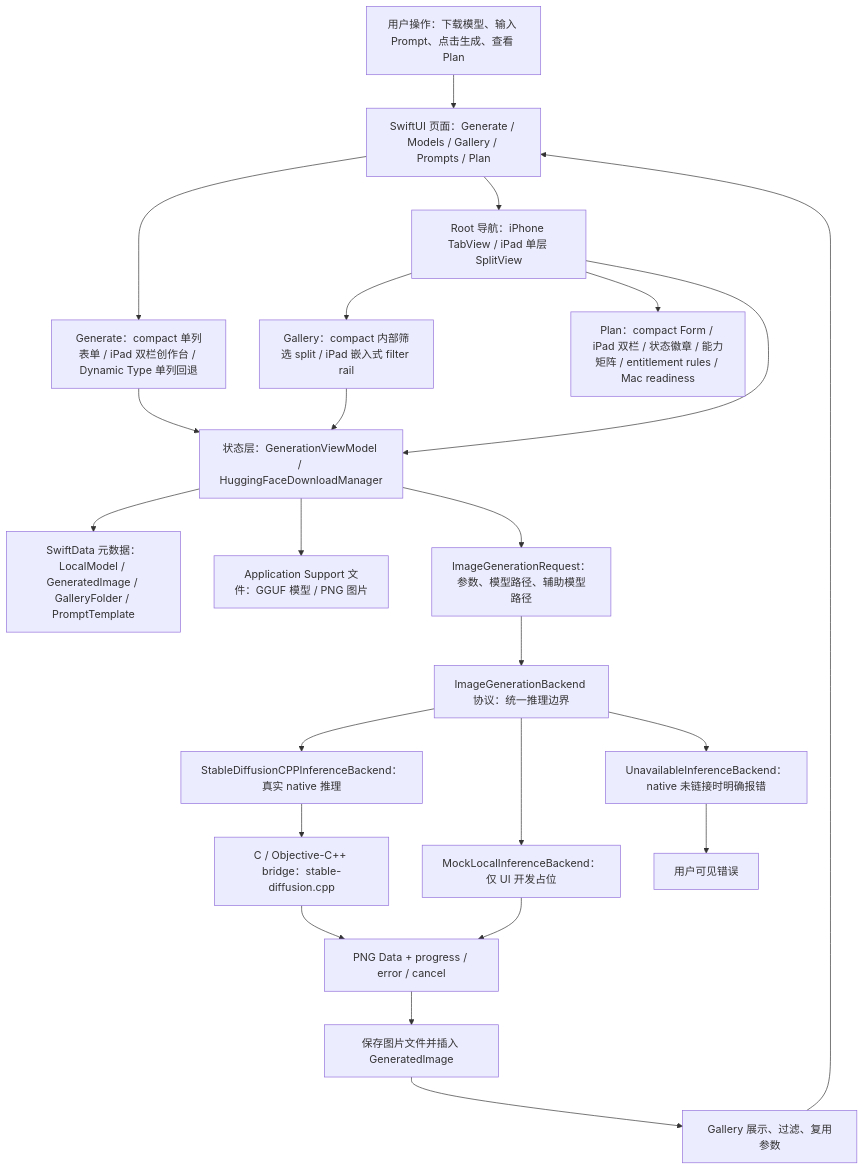
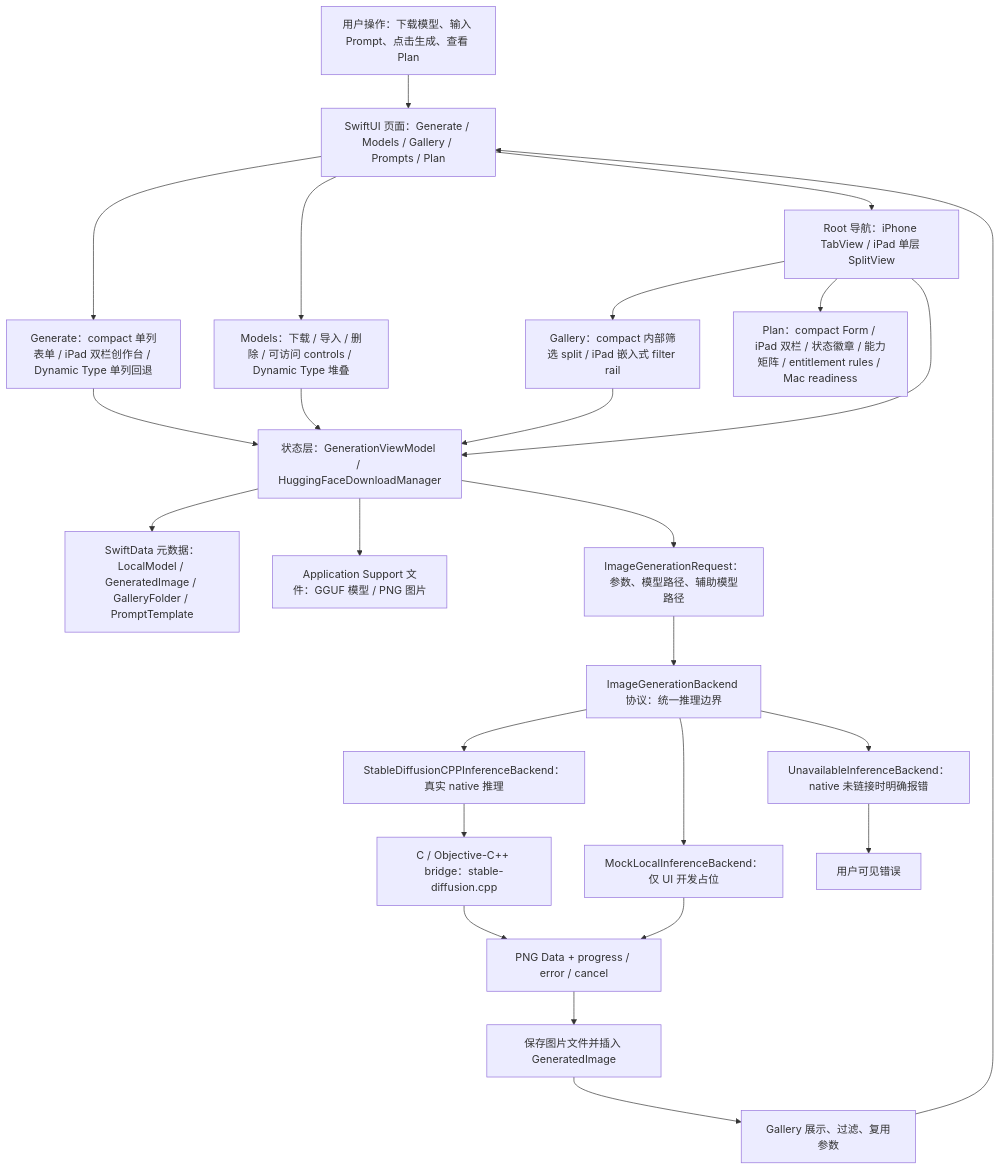
Before and after one commit to Altman-sam114/118: the first of 7 diagrams in md/flow/flowchart.md, drawn with Mermaid. The commit also changed other lines of this file and 5 other files, not shown here.

````diff
--- a/md/flow/flowchart.md
+++ b/md/flow/flowchart.md
@@ -9,25 +9,27 @@
 ```mermaid
 flowchart TD
   U["用户操作：下载模型、输入 Prompt、点击生成、查看 Plan"] --> UI["SwiftUI 页面：Generate / Models / Gallery / Prompts / Plan"]
   UI --> GENUI["Generate：compact 单列表单 / iPad 双栏创作台 / Dynamic Type 单列回退"]
+  UI --> MODELUI["Models：下载 / 导入 / 删除 / 可访问 controls / Dynamic Type 堆叠"]
   UI --> NAV["Root 导航：iPhone TabView / iPad 单层 SplitView"]
   NAV --> GALUI["Gallery：compact 内部筛选 split / iPad 嵌入式 filter rail"]
   NAV --> PLANUI["Plan：compact Form / iPad 双栏 / 状态徽章 / 能力矩阵 / entitlement rules / Mac readiness"]
   NAV --> VM["状态层：GenerationViewModel / HuggingFaceDownloadManager"]
   GENUI --> VM
+  MODELUI --> VM
   GALUI --> VM
   VM --> SD["SwiftData 元数据：LocalModel / GeneratedImage / GalleryFolder / PromptTemplate"]
   VM --> FS["Application Support 文件：GGUF 模型 / PNG 图片"]
   VM --> REQ["ImageGenerationRequest：参数、模型路径、辅助模型路径"]
   REQ --> IFACE["ImageGenerationBackend 协议：统一推理边界"]
   IFACE --> NATIVE["StableDiffusionCPPInferenceBackend：真实 native 推理"]
   IFACE --> MOCK["MockLocalInferenceBackend：仅 UI 开发占位"]
   IFACE --> OFF["UnavailableInferenceBackend：native 未链接时明确报错"]
   NATIVE --> BRIDGE["C / Objective-C++ bridge：stable-diffusion.cpp"]
   BRIDGE --> PNG["PNG Data + progress / error / cancel"]
   MOCK --> PNG
   OFF --> ERR["用户可见错误"]
   PNG --> SAVE["保存图片文件并插入 GeneratedImage"]
   SAVE --> GALLERY["Gallery 展示、过滤、复用参数"]
   GALLERY --> UI
 ```
````
